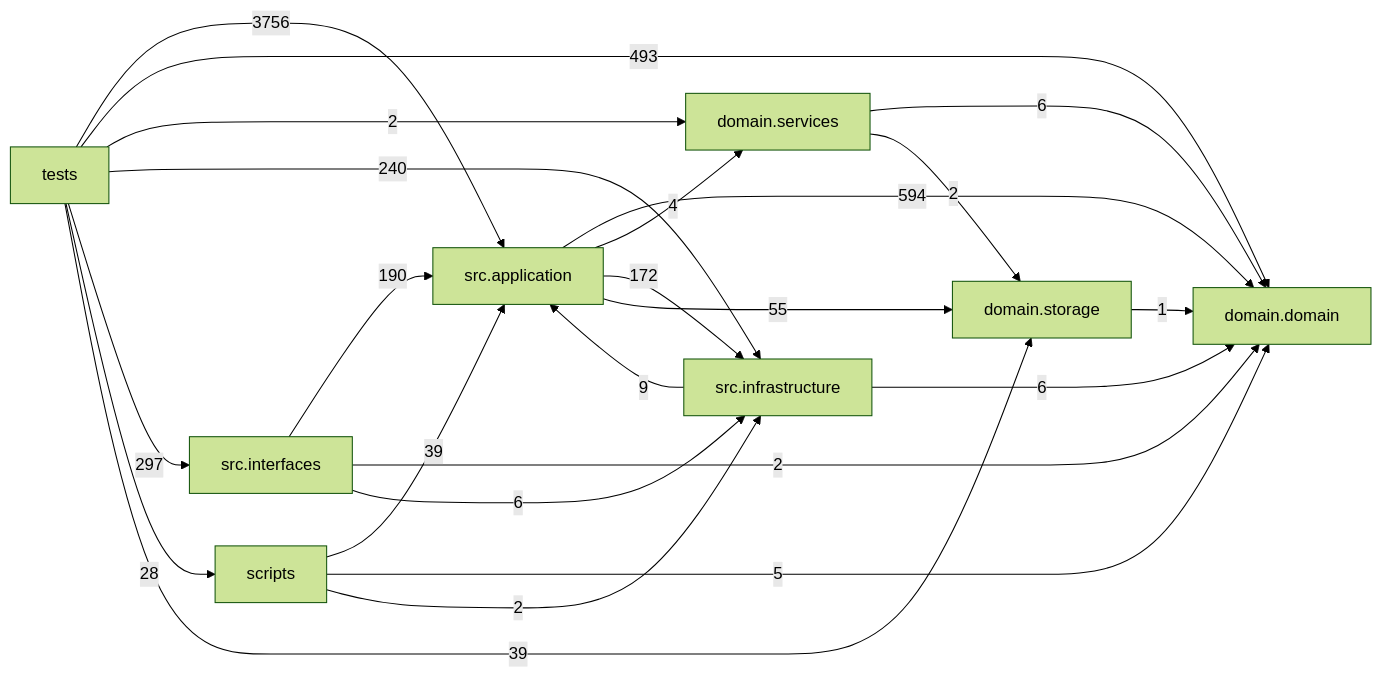
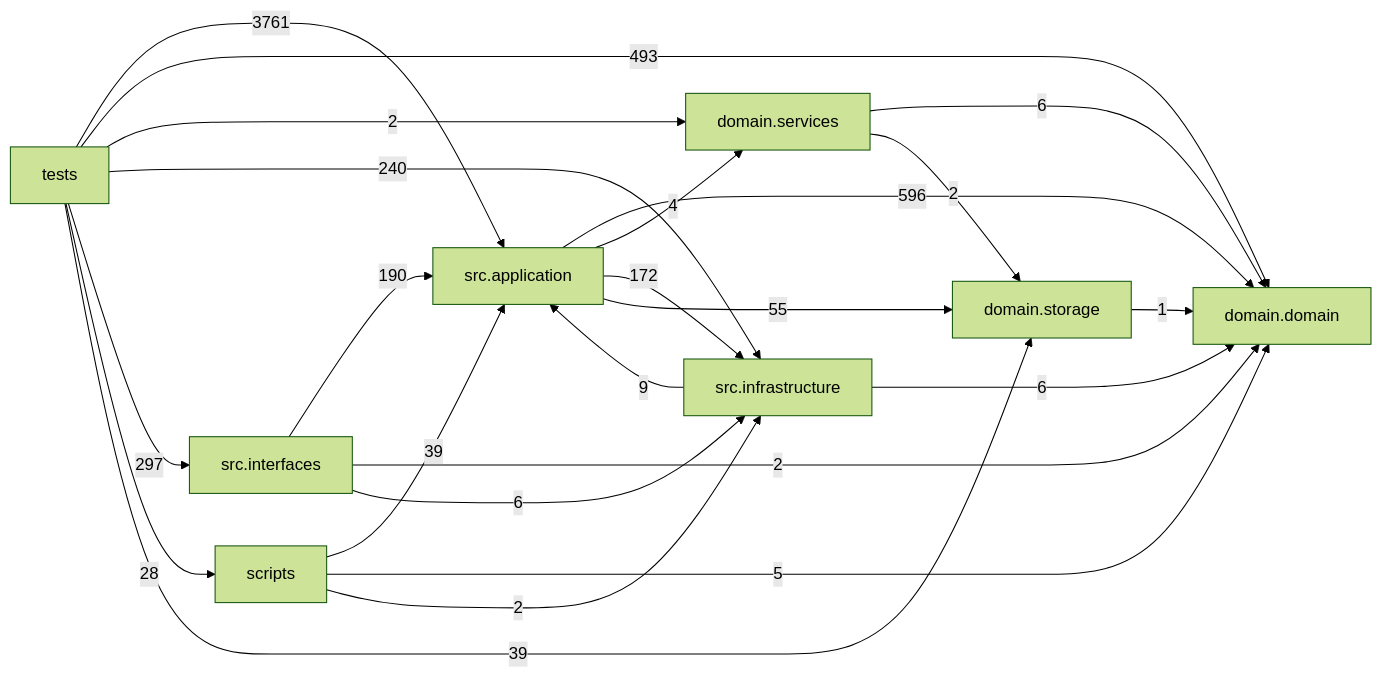
Before and after one commit to liuxie066/options-monitor: the diagram in docs/DEPENDENCY_GRAPH.md, drawn with Mermaid (forest theme). The commit also changed other lines of this file and 21 other files, not shown here.

````diff
--- a/docs/DEPENDENCY_GRAPH.md
+++ b/docs/DEPENDENCY_GRAPH.md
@@ -24,33 +24,33 @@
 ```mermaid
 flowchart LR
   tests["tests"]
   scripts["scripts"]
   interfaces["src.interfaces"]
   application["src.application"]
   infrastructure["src.infrastructure"]
   domain_services["domain.services"]
   domain["domain.domain"]
   storage["domain.storage"]
-  application -->|594| domain
+  application -->|596| domain
   application -->|4| domain_services
   application -->|172| infrastructure
   application -->|55| storage
   domain_services -->|6| domain
   domain_services -->|2| storage
   infrastructure -->|9| application
   infrastructure -->|6| domain
   interfaces -->|190| application
   interfaces -->|2| domain
   interfaces -->|6| infrastructure
   scripts -->|39| application
   scripts -->|5| domain
   scripts -->|2| infrastructure
   storage -->|1| domain
-  tests -->|3756| application
+  tests -->|3761| application
   tests -->|493| domain
   tests -->|2| domain_services
   tests -->|240| infrastructure
   tests -->|297| interfaces
   tests -->|28| scripts
   tests -->|39| storage
 ```
````
